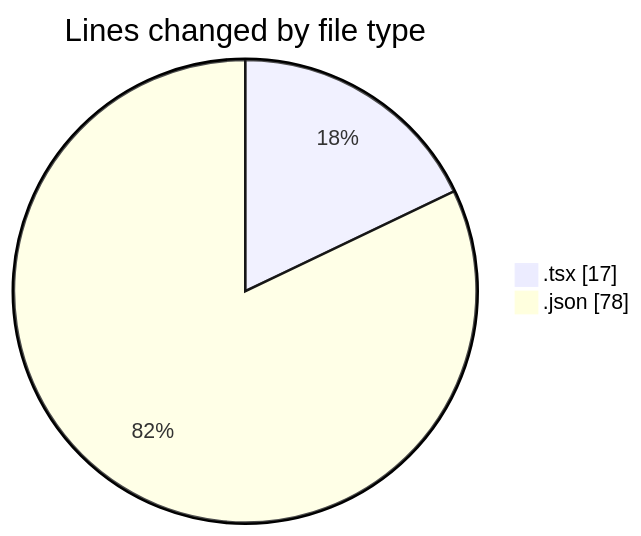
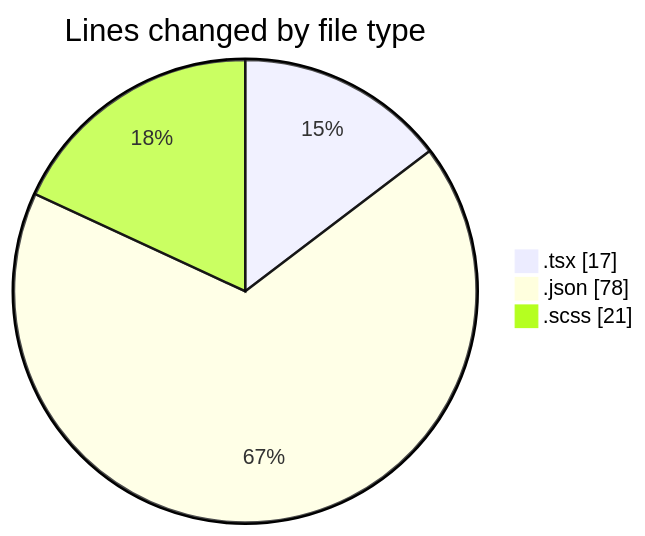
Before and after one commit to momahboobian/code-tracking: the first of 2 diagrams in 2026-09-29/cda/README.md, drawn with Mermaid. The commit also changed other lines of this file and 1 other file, not shown here.

````diff
--- a/2026-09-29/cda/README.md
+++ b/2026-09-29/cda/README.md
@@ -22,6 +23,7 @@
 ```mermaid
 pie showData
 title Lines changed by file type
 ".tsx" : 17
 ".json" : 78
+".scss" : 21
 ```
````
